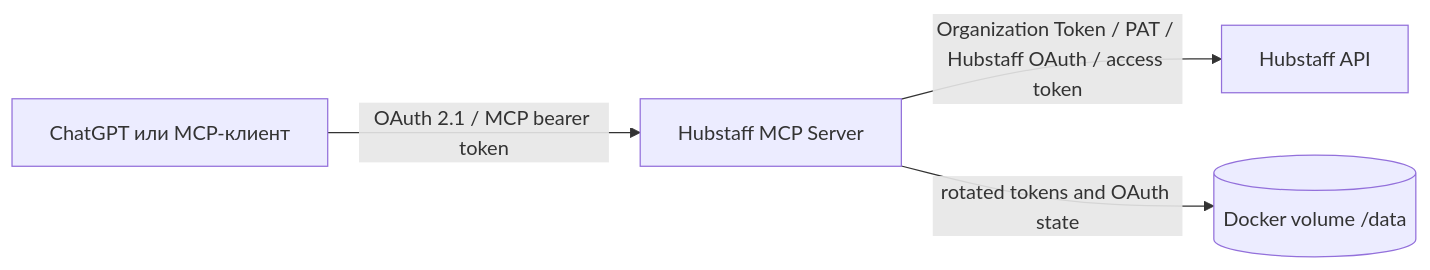
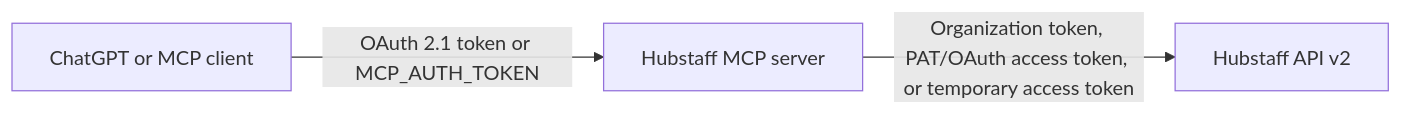
Before and after one commit to copperdiver/mcp-hubstuff: the diagram in README.md, drawn with Mermaid. The commit also changed other lines of this file, not shown here.

````diff
--- a/README.md
+++ b/README.md
@@ -53,11 +57,9 @@
 ```mermaid
 flowchart LR
-    C[ChatGPT или MCP-клиент]
-    M[Hubstaff MCP Server]
-    H[Hubstaff API]
-    V[(Docker volume /data)]
+    Client[ChatGPT or MCP client]
+    Server[Hubstaff MCP server]
+    Hubstaff[Hubstaff API v2]
 
-    C -->|OAuth 2.1 / MCP bearer token| M
-    M -->|Organization Token / PAT / Hubstaff OAuth / access token| H
-    M -->|rotated tokens and OAuth state| V
+    Client -->|OAuth 2.1 token or MCP_AUTH_TOKEN| Server
+    Server -->|Organization token, PAT/OAuth access token, or temporary access token| Hubstaff
 ```
````
